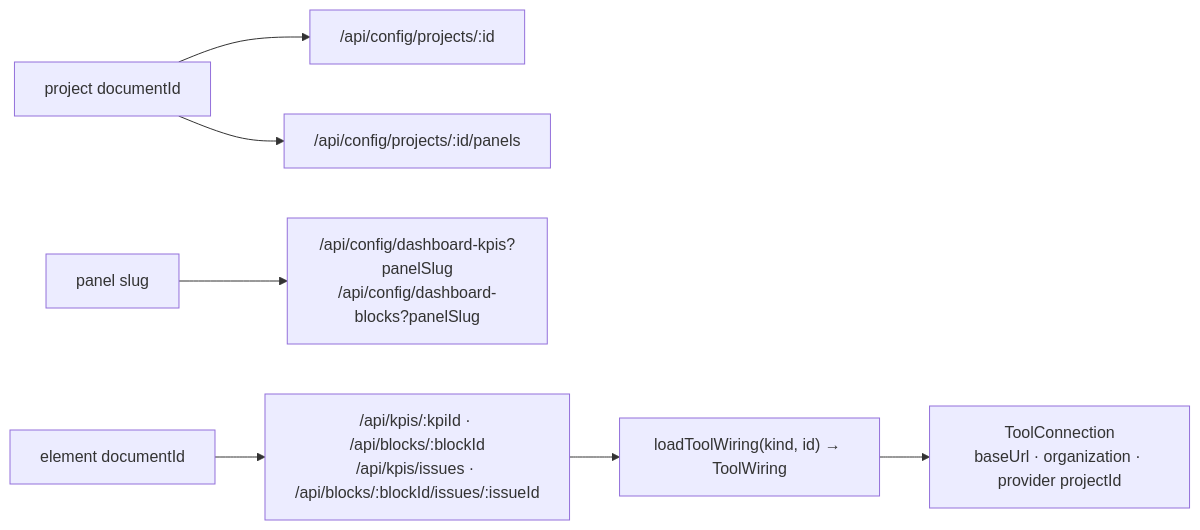
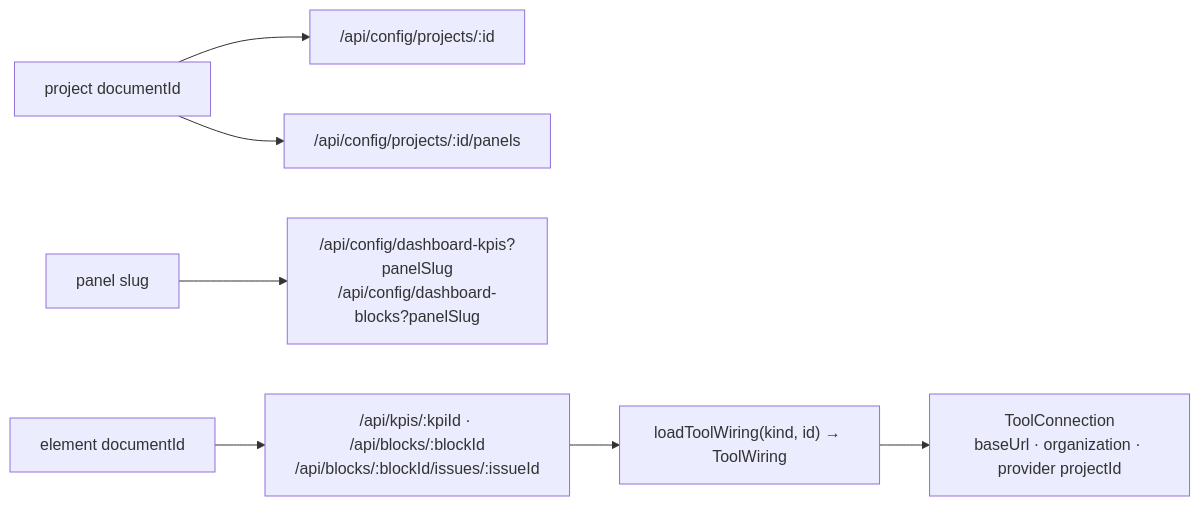
The second of 6 diagrams in apps/docs-site/docs/panels.md (webteamuxco/dashboard-monitor), drawn with Mermaid before and after one commit. The commit also changed 33 other files, not shown here.

Commit message:
chore(dashbaord): remove IssueRate and Issues dead code

````diff
--- a/apps/docs-site/docs/panels.md
+++ b/apps/docs-site/docs/panels.md
@@ -115,9 +115,9 @@
 ```mermaid
 flowchart LR
     Proj[project documentId] --> Cfg["/api/config/projects/:id"]
     Proj --> Panels["/api/config/projects/:id/panels"]
     Slug[panel slug] --> Elements["/api/config/dashboard-kpis?panelSlug<br/>/api/config/dashboard-blocks?panelSlug"]
-    ElemId[element documentId] --> Data["/api/kpis/:kpiId · /api/blocks/:blockId<br/>/api/kpis/issues · /api/blocks/:blockId/issues/:issueId"]
+    ElemId[element documentId] --> Data["/api/kpis/:kpiId · /api/blocks/:blockId<br/>/api/blocks/:blockId/issues/:issueId"]
     Data --> Wiring["loadToolWiring(kind, id) → ToolWiring"]
     Wiring --> Conn["ToolConnection<br/>baseUrl · organization · provider projectId"]
 ```
````
